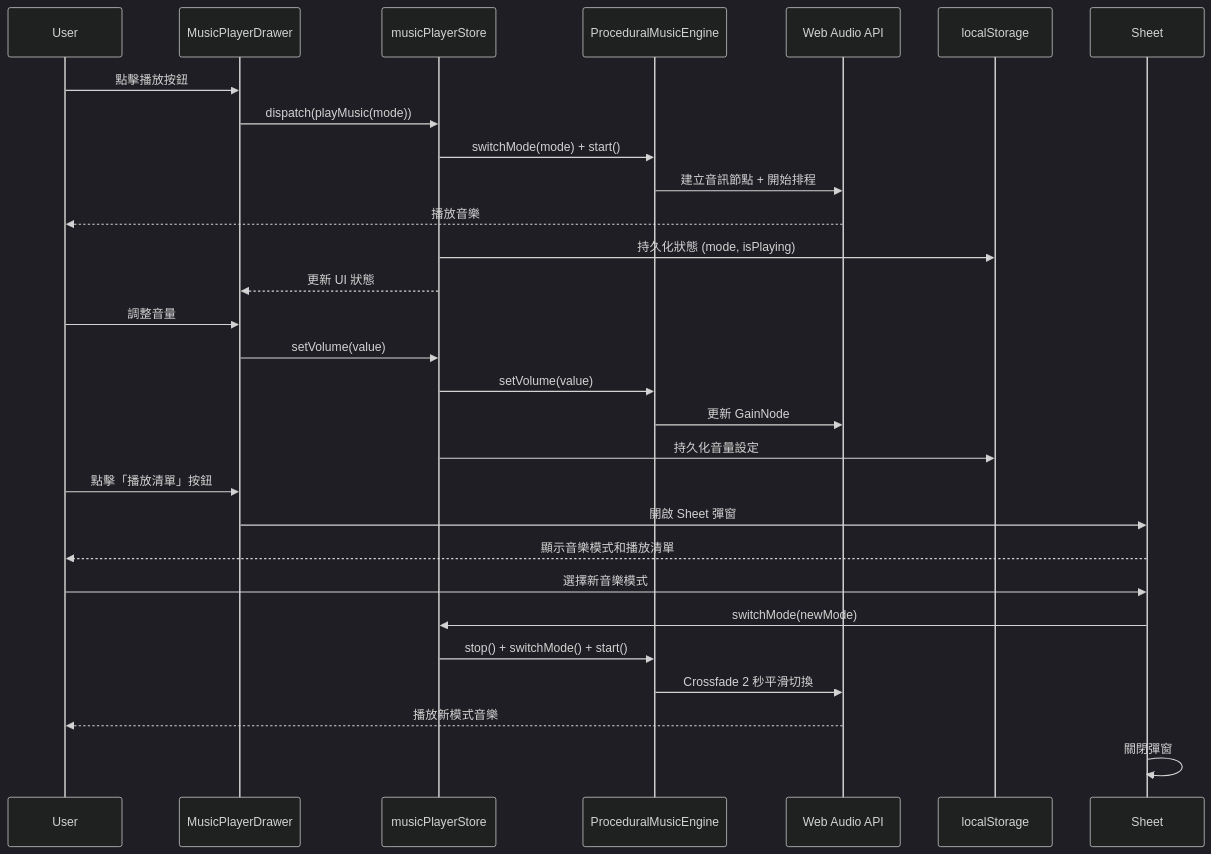
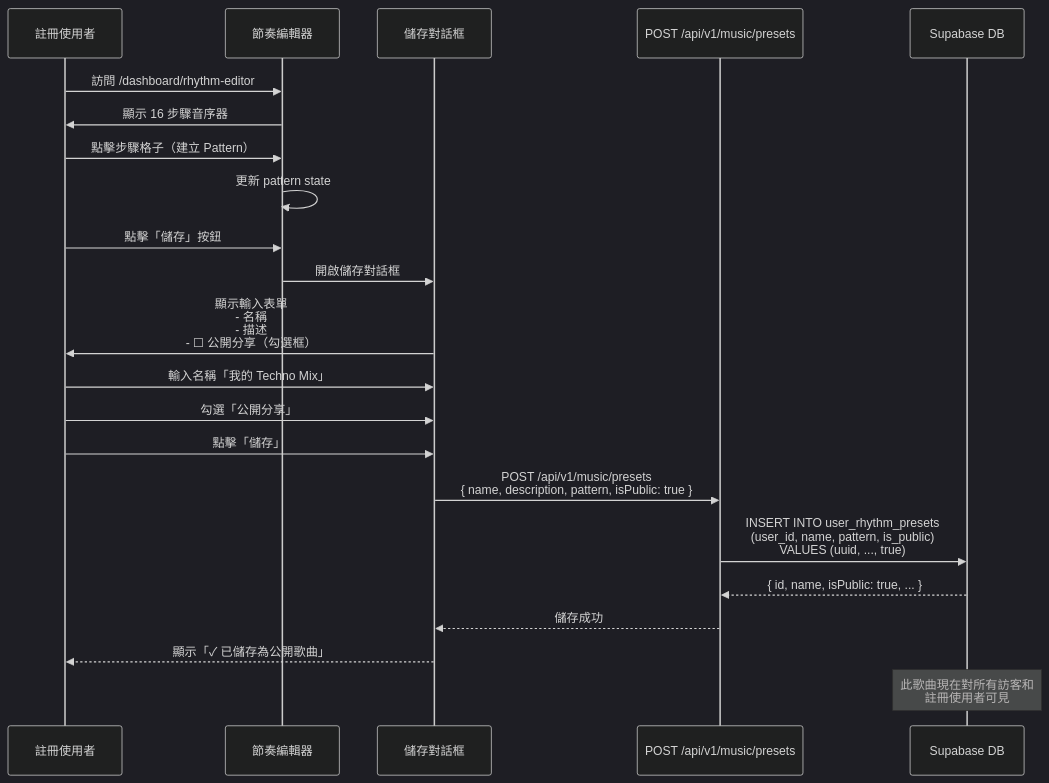
One commit to huan5678/wasteland-tarot-app changed the fifth of 6 diagrams in .kiro/specs/playlist-music-player/design.md. Above: the diagram before and after it, drawn with Mermaid (dark theme). The commit also changed other lines of this file and 198 other files, not shown here.

Commit message:
feat(music, icons): implement music player API and new dual icon system

````diff
--- a/.kiro/specs/playlist-music-player/design.md
+++ b/.kiro/specs/playlist-music-player/design.md
@@ -149,34 +703,29 @@
 ```mermaid
 sequenceDiagram
-    participant User
-    participant Drawer as MusicPlayerDrawer
-    participant Store as musicPlayerStore
-    participant Engine as ProceduralMusicEngine
-    participant Audio as Web Audio API
-    participant LS as localStorage
+    participant User as 註冊使用者
+    participant RhythmEditor as 節奏編輯器
+    participant SaveDialog as 儲存對話框
+    participant API as POST /api/v1/music/presets
+    participant DB as Supabase DB
 
-    User->>Drawer: 點擊播放按鈕
-    Drawer->>Store: dispatch(playMusic(mode))
-    Store->>Engine: switchMode(mode) + start()
-    Engine->>Audio: 建立音訊節點 + 開始排程
-    Audio-->>User: 播放音樂
-    Store->>LS: 持久化狀態 (mode, isPlaying)
-    Store-->>Drawer: 更新 UI 狀態
+    User->>RhythmEditor: 訪問 /dashboard/rhythm-editor
+    RhythmEditor->>User: 顯示 16 步驟音序器
+    User->>RhythmEditor: 點擊步驟格子（建立 Pattern）
+    RhythmEditor->>RhythmEditor: 更新 pattern state
 
-    User->>Drawer: 調整音量
-    Drawer->>Store: setVolume(value)
-    Store->>Engine: setVolume(value)
-    Engine->>Audio: 更新 GainNode
-    Store->>LS: 持久化音量設定
+    User->>RhythmEditor: 點擊「儲存」按鈕
+    RhythmEditor->>SaveDialog: 開啟儲存對話框
+    SaveDialog->>User: 顯示輸入表單<br/>- 名稱<br/>- 描述<br/>- ☐ 公開分享（勾選框）
 
-    User->>Drawer: 點擊「播放清單」按鈕
-    Drawer->>Sheet: 開啟 Sheet 彈窗
-    Sheet-->>User: 顯示音樂模式和播放清單
+    User->>SaveDialog: 輸入名稱「我的 Techno Mix」
+    User->>SaveDialog: 勾選「公開分享」
+    User->>SaveDialog: 點擊「儲存」
 
-    User->>Sheet: 選擇新音樂模式
-    Sheet->>Store: switchMode(newMode)
-    Store->>Engine: stop() + switchMode() + start()
-    Engine->>Audio: Crossfade 2 秒平滑切換
-    Audio-->>User: 播放新模式音樂
-    Sheet->>Sheet: 關閉彈窗
+    SaveDialog->>API: POST /api/v1/music/presets<br/>{ name, description, pattern, isPublic: true }
+    API->>DB: INSERT INTO user_rhythm_presets<br/>(user_id, name, pattern, is_public)<br/>VALUES (uuid, ..., true)
+    DB-->>API: { id, name, isPublic: true, ... }
+    API-->>SaveDialog: 儲存成功
+    SaveDialog-->>User: 顯示「✓ 已儲存為公開歌曲」
+
+    Note over DB: 此歌曲現在對所有訪客和<br/>註冊使用者可見
 ```
````
